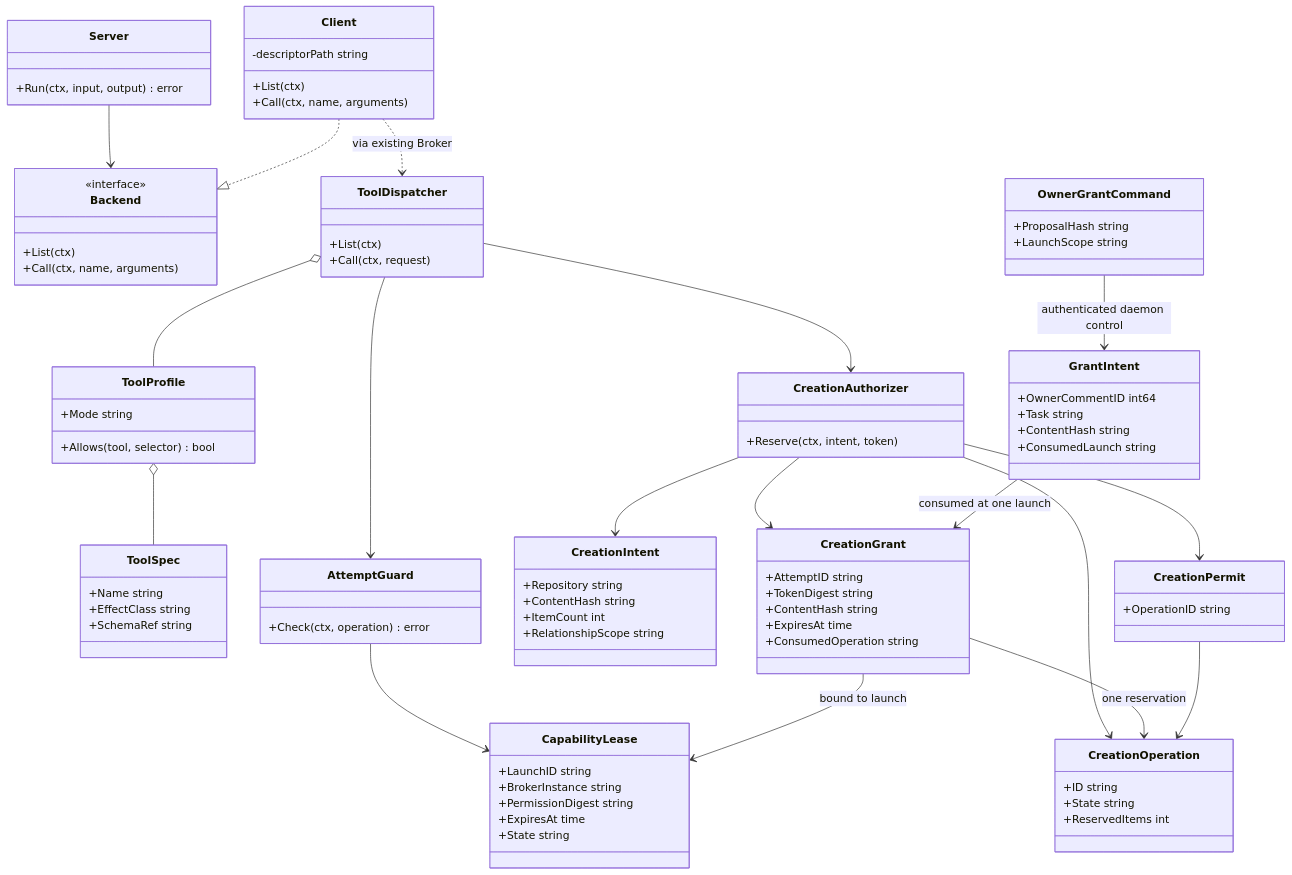
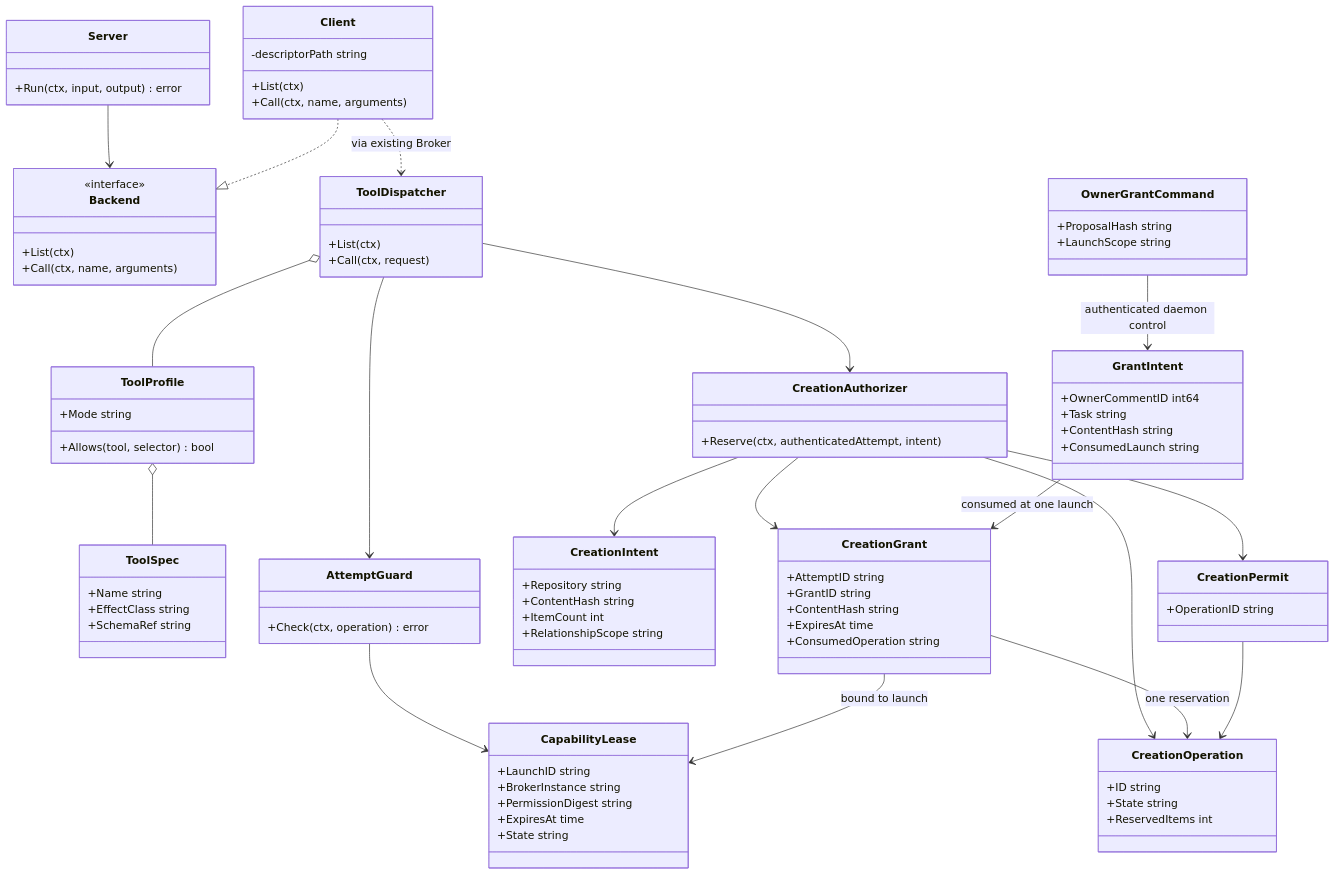
Before and after one commit to marioatcloudvane/litefactory: the second of 2 diagrams in .aiteam/lf-272-mcp-adapter-groundwork/2026-09-13/mcp-adapter-groundwork/RESEARCH_BRIEF.md, drawn with Mermaid. The commit also changed other lines of this file and 1 other file, not shown here.

First line of the commit message:
**No secret should appear in a public GitHub comment.** My earlier description of delivering a grant token to the agent was unnecessarily complicated. I recommend keeping the creation grant entirely inside litefactory.

```diff
--- a/.aiteam/lf-272-mcp-adapter-groundwork/2026-09-13/mcp-adapter-groundwork/RESEARCH_BRIEF.md
+++ b/.aiteam/lf-272-mcp-adapter-groundwork/2026-09-13/mcp-adapter-groundwork/RESEARCH_BRIEF.md
@@ -100,7 +100,7 @@
         +State string
     }
     class CreationAuthorizer {
-        +Reserve(ctx, intent, token)
+        +Reserve(ctx, authenticatedAttempt, intent)
     }
     class CreationIntent {
         +Repository string
@@ -123,7 +123,7 @@
     }
     class CreationGrant {
         +AttemptID string
-        +TokenDigest string
+        +GrantID string
         +ContentHash string
         +ExpiresAt time
         +ConsumedOperation string
```
